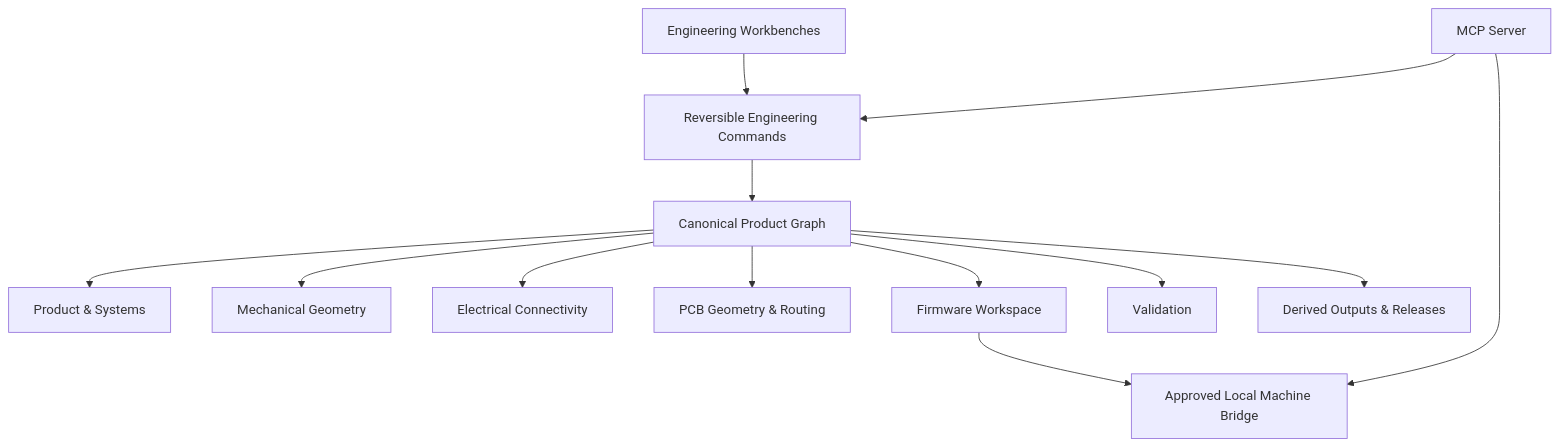
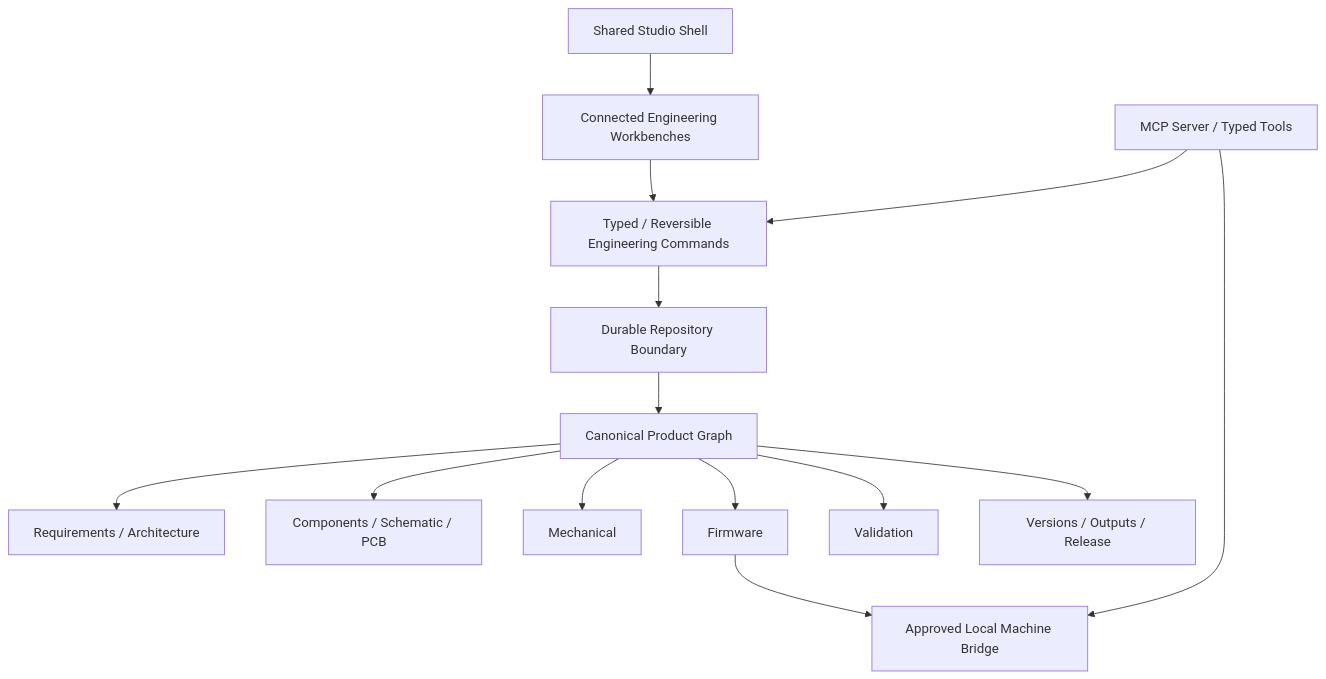
Before and after one commit to Ankit6149/hardware-studio: the diagram in README.md, drawn with Mermaid. The commit also changed other lines of this file, not shown here.

Commit message:
docs: rewrite README for current connected Studio state

````diff
--- a/README.md
+++ b/README.md
@@ -107,21 +181,24 @@
 ```mermaid
 flowchart TB
-    UI[Engineering Workbenches]
-    MCP[MCP Server]
-    CMD[Reversible Engineering Commands]
+    SHELL[Shared Studio Shell]
+    UI[Connected Engineering Workbenches]
+    CMD[Typed / Reversible Engineering Commands]
+    REPO[Durable Repository Boundary]
     GRAPH[Canonical Product Graph]
+    MCP[MCP Server / Typed Tools]
     BRIDGE[Approved Local Machine Bridge]
 
+    SHELL --> UI
     UI --> CMD
     MCP --> CMD
-    CMD --> GRAPH
-    GRAPH --> PRODUCT[Product & Systems]
-    GRAPH --> MECH[Mechanical Geometry]
-    GRAPH --> ELEC[Electrical Connectivity]
-    GRAPH --> PCB[PCB Geometry & Routing]
-    GRAPH --> FW[Firmware Workspace]
+    CMD --> REPO
+    REPO --> GRAPH
+    GRAPH --> PRODUCT[Requirements / Architecture]
+    GRAPH --> ELEC[Components / Schematic / PCB]
+    GRAPH --> MECH[Mechanical]
+    GRAPH --> FW[Firmware]
     GRAPH --> VAL[Validation]
-    GRAPH --> OUT[Derived Outputs & Releases]
+    GRAPH --> REL[Versions / Outputs / Release]
     FW --> BRIDGE
     MCP --> BRIDGE
 ```
````
